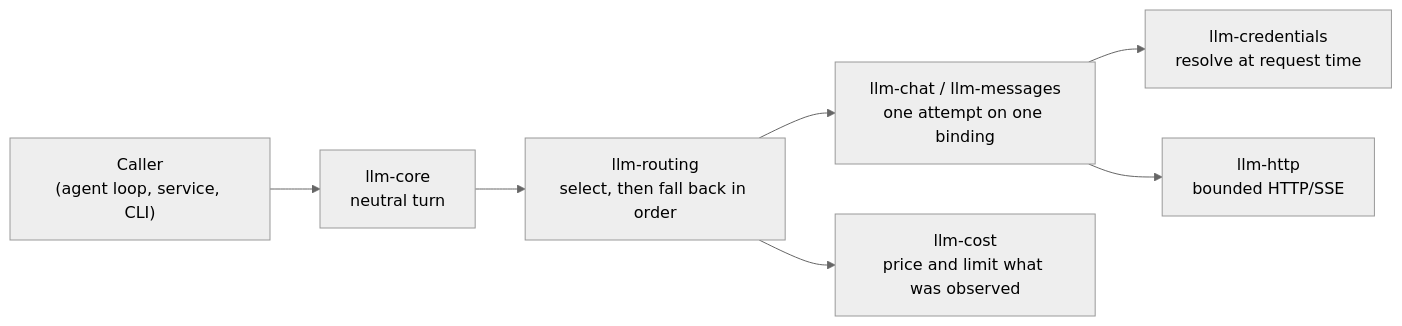
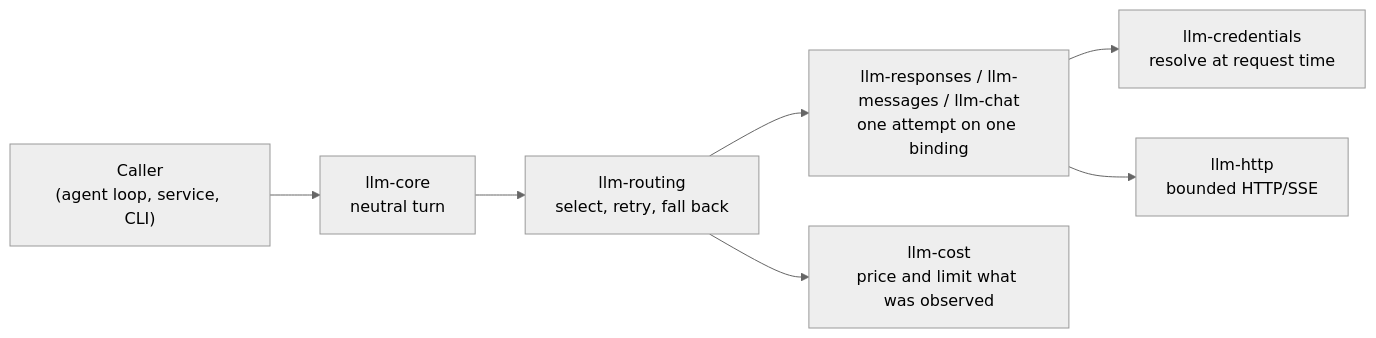
Before and after one commit to beyond10x/llm: the diagram in website/docs/concepts/overview.md, drawn with Mermaid (neutral theme). The commit also changed other lines of this file and 56 other files, not shown here.

````diff
--- a/website/docs/concepts/overview.md
+++ b/website/docs/concepts/overview.md
@@ -38,9 +38,9 @@
 ```mermaid
 flowchart LR
   A["Caller<br/>(agent loop, service, CLI)"] --> B["llm-core<br/>neutral turn"]
-  B --> C["llm-routing<br/>select, then fall back in order"]
-  C --> D["llm-chat / llm-messages<br/>one attempt on one binding"]
+  B --> C["llm-routing<br/>select, retry, fall back"]
+  C --> D["llm-responses / llm-messages / llm-chat<br/>one attempt on one binding"]
   D --> E["llm-credentials<br/>resolve at request time"]
   D --> F["llm-http<br/>bounded HTTP/SSE"]
   C --> G["llm-cost<br/>price and limit what was observed"]
 ```
````
